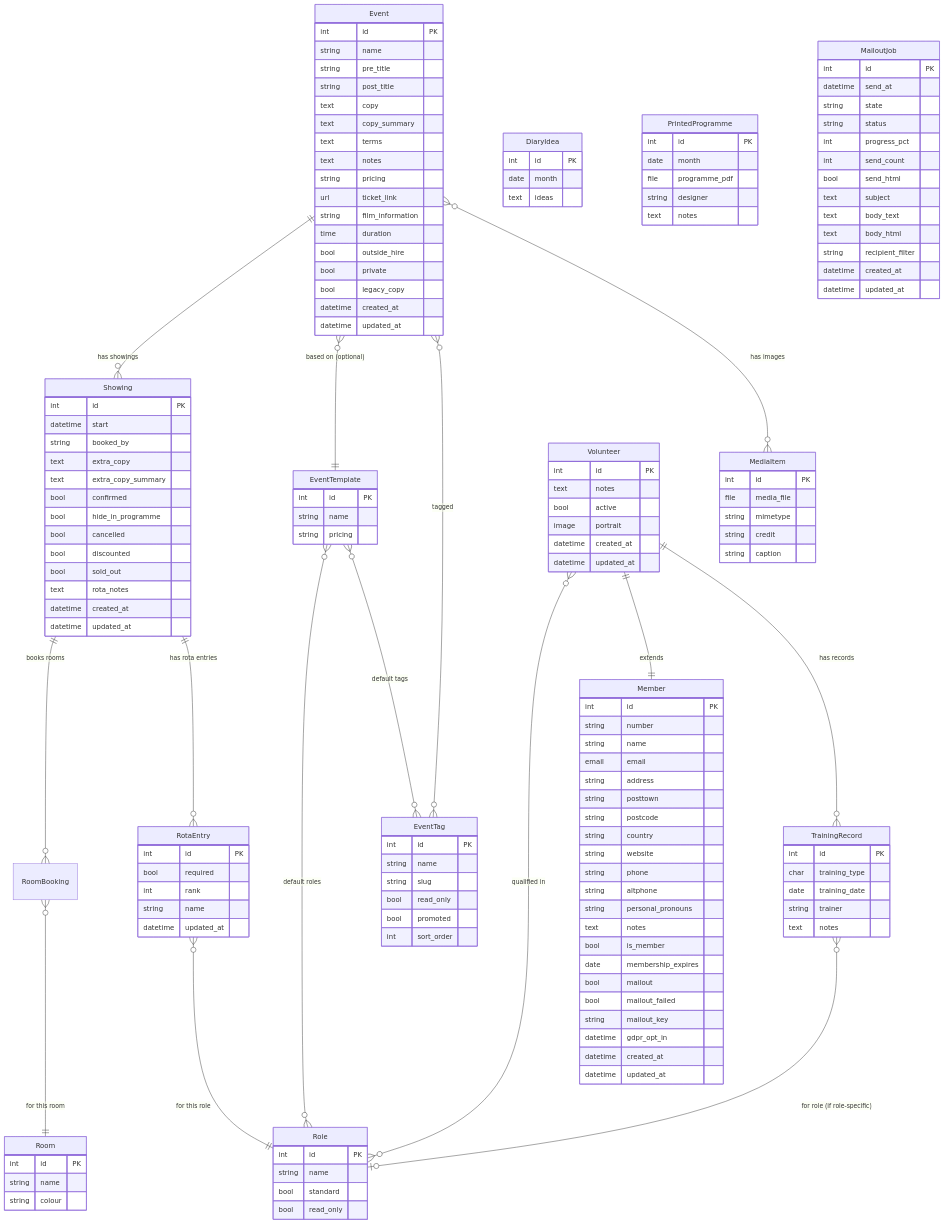
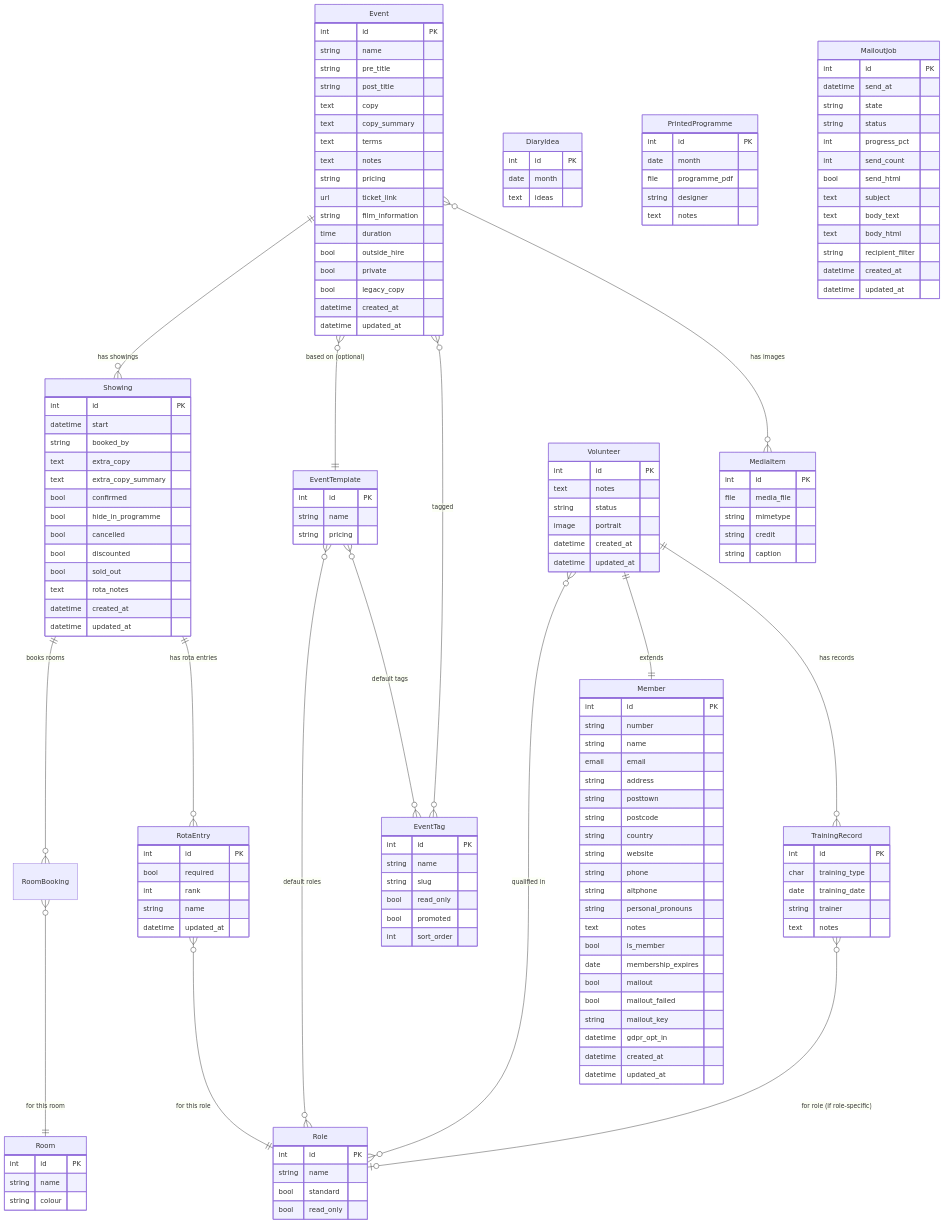
One commit to jdkram/cubetoolkit changed the sixth of 8 diagrams in docs/SPEC.md. Above: the diagram before and after it, drawn with Mermaid. The commit also changed other lines of this file and 38 other files, not shown here.

```diff
--- a/docs/SPEC.md
+++ b/docs/SPEC.md
@@ -666,7 +817,7 @@
     Volunteer {
         int id PK
         text notes
-        bool active
+        string status
         image portrait
         datetime created_at
         datetime updated_at
```
